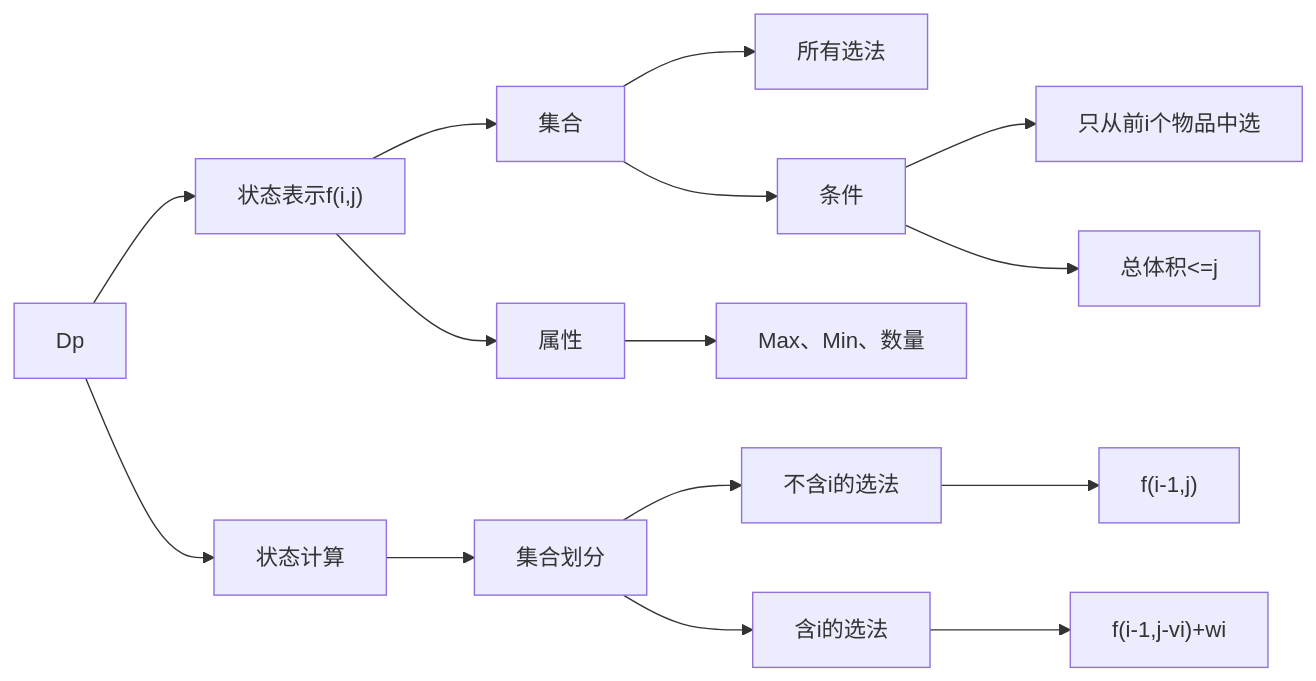
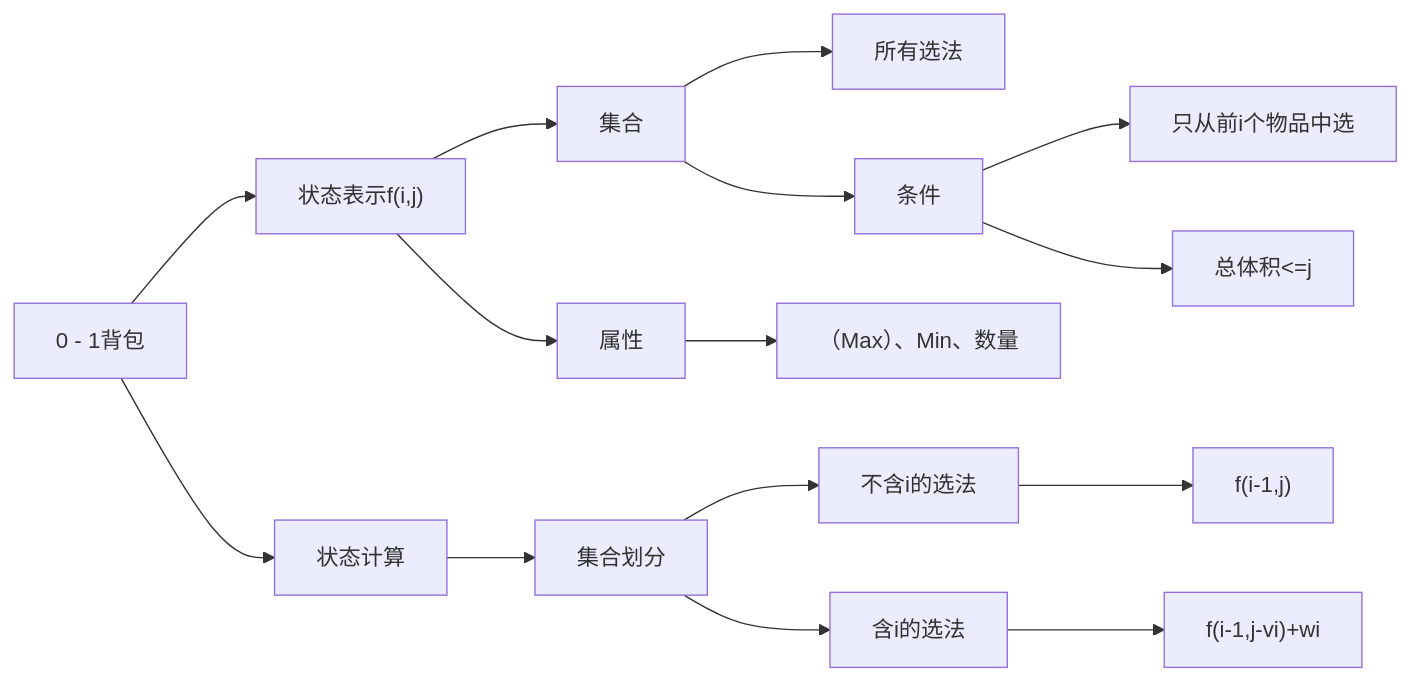
The first of 2 diagrams in 动态规划/README.md (Alexsu26/Basic-Algorithm), drawn with Mermaid before and after one commit. The commit also changed other lines of this file and 3 other files, not shown here.

````diff
--- a/动态规划/README.md
+++ b/动态规划/README.md
@@ -6,32 +6,32 @@
 ```mermaid
 graph LR;
-    A["Dp"]
+    A["0 - 1背包"]
     B["状态表示f(i,j)"]
     C["状态计算"]
     D[集合]
     E[属性]
     F[所有选法]
     G[条件]
     H[只从前i个物品中选]
     I["总体积<=j"]
-    J["Max、Min、数量"]     
+    J["（Max）、Min、数量"]     
     K[集合划分]
     L["不含i的选法"]
     M["含i的选法"]
     N["f(i-1,j)"]
     O["f(i-1,j-vi)+wi"]
     A --> B
     A --> C
     B --> D
     B --> E
     D --> F
     D --> G
     G --> H
     G --> I
     E --> J
     C --> K
     K --> L
     L --> N
     K --> M
     M --> O
 ```
````
